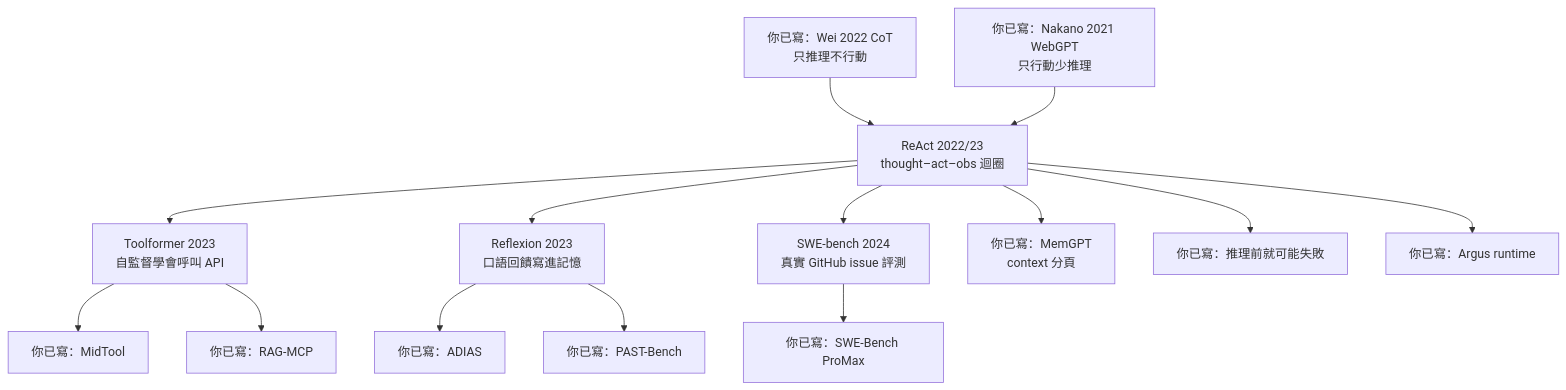
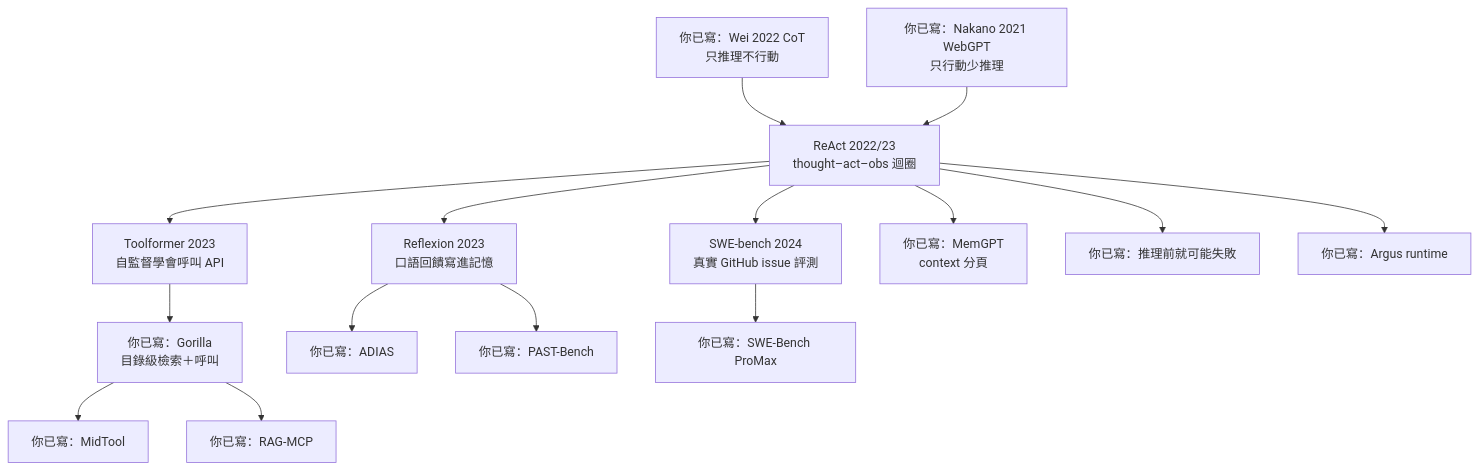
Before and after one commit to poirotw66/poirotw66.github.io: the diagram in src/content/blog/91-agent-method-foundation-reading-map.md, drawn with Mermaid. The commit also changed other lines of this file and 19 other files, not shown here.

````diff
--- a/src/content/blog/91-agent-method-foundation-reading-map.md
+++ b/src/content/blog/91-agent-method-foundation-reading-map.md
@@ -45,18 +45,19 @@
 ```mermaid
 flowchart TB
   CoT["你已寫：Wei 2022 CoT<br/>只推理不行動"]
   WebGPT["你已寫：Nakano 2021 WebGPT<br/>只行動少推理"]
   CoT --> ReAct["ReAct 2022/23<br/>thought–act–obs 迴圈"]
   WebGPT --> ReAct
   ReAct --> Toolformer["Toolformer 2023<br/>自監督學會呼叫 API"]
   ReAct --> Reflexion["Reflexion 2023<br/>口語回饋寫進記憶"]
   ReAct --> SWEb["SWE-bench 2024<br/>真實 GitHub issue 評測"]
   ReAct --> MemGPT["你已寫：MemGPT<br/>context 分頁"]
-  Toolformer --> MidTool["你已寫：MidTool"]
-  Toolformer --> RAGMCP["你已寫：RAG-MCP"]
+  Toolformer --> Gorilla["你已寫：Gorilla<br/>目錄級檢索＋呼叫"]
+  Gorilla --> MidTool["你已寫：MidTool"]
+  Gorilla --> RAGMCP["你已寫：RAG-MCP"]
   Reflexion --> ADIAS["你已寫：ADIAS"]
   Reflexion --> PAST["你已寫：PAST-Bench"]
   SWEb --> ProMax["你已寫：SWE-Bench ProMax"]
   ReAct --> ReadGate["你已寫：推理前就可能失敗"]
   ReAct --> Argus["你已寫：Argus runtime"]
 ```
````
